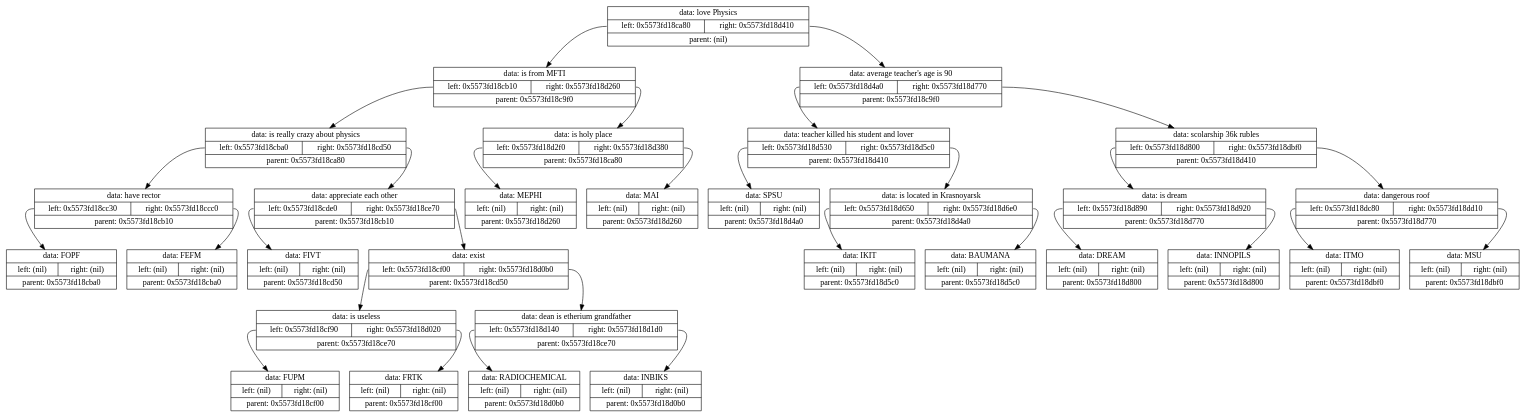
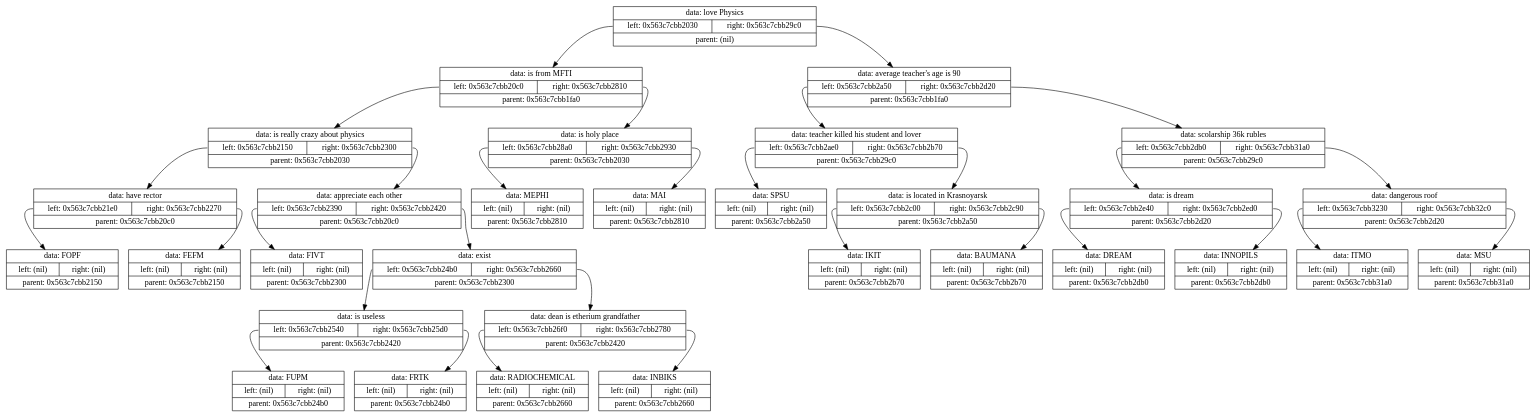
One commit to Shishqa/MIPT_1sem_C_lang changed the diagram in Projects/7.Akinator/tmp/tempautogeneratedlog.gv. Above: the diagram before and after it, drawn with Graphviz. The commit also changed 14 other files, not shown here.

```diff
--- a/Projects/7.Akinator/tmp/tempautogeneratedlog.gv
+++ b/Projects/7.Akinator/tmp/tempautogeneratedlog.gv
@@ -1,65 +1,65 @@
 digraph dump
 {
-	node0x5573fd18c9f0 [shape = "record", label = "{<f1>data: love Physics|{<f2>left: 0x5573fd18ca80|<f3>right: 0x5573fd18d410}|<f4>parent: (nil)}"];
-	node0x5573fd18ca80 [shape = "record", label = "{<f1>data: is from MFTI|{<f2>left: 0x5573fd18cb10|<f3>right: 0x5573fd18d260}|<f4>parent: 0x5573fd18c9f0}"];
-	node0x5573fd18cb10 [shape = "record", label = "{<f1>data: is really crazy about physics|{<f2>left: 0x5573fd18cba0|<f3>right: 0x5573fd18cd50}|<f4>parent: 0x5573fd18ca80}"];
-	node0x5573fd18cba0 [shape = "record", label = "{<f1>data: have rector|{<f2>left: 0x5573fd18cc30|<f3>right: 0x5573fd18ccc0}|<f4>parent: 0x5573fd18cb10}"];
-	node0x5573fd18cc30 [shape = "record", label = "{<f1>data: FOPF|{<f2>left: (nil)|<f3>right: (nil)}|<f4>parent: 0x5573fd18cba0}"];
-	node0x5573fd18cba0:f2 -> node0x5573fd18cc30
-	node0x5573fd18ccc0 [shape = "record", label = "{<f1>data: FEFM|{<f2>left: (nil)|<f3>right: (nil)}|<f4>parent: 0x5573fd18cba0}"];
-	node0x5573fd18cba0:f3 -> node0x5573fd18ccc0
-	node0x5573fd18cb10:f2 -> node0x5573fd18cba0
-	node0x5573fd18cd50 [shape = "record", label = "{<f1>data: appreciate each other|{<f2>left: 0x5573fd18cde0|<f3>right: 0x5573fd18ce70}|<f4>parent: 0x5573fd18cb10}"];
-	node0x5573fd18cde0 [shape = "record", label = "{<f1>data: FIVT|{<f2>left: (nil)|<f3>right: (nil)}|<f4>parent: 0x5573fd18cd50}"];
-	node0x5573fd18cd50:f2 -> node0x5573fd18cde0
-	node0x5573fd18ce70 [shape = "record", label = "{<f1>data: exist|{<f2>left: 0x5573fd18cf00|<f3>right: 0x5573fd18d0b0}|<f4>parent: 0x5573fd18cd50}"];
-	node0x5573fd18cf00 [shape = "record", label = "{<f1>data: is useless|{<f2>left: 0x5573fd18cf90|<f3>right: 0x5573fd18d020}|<f4>parent: 0x5573fd18ce70}"];
-	node0x5573fd18cf90 [shape = "record", label = "{<f1>data: FUPM|{<f2>left: (nil)|<f3>right: (nil)}|<f4>parent: 0x5573fd18cf00}"];
-	node0x5573fd18cf00:f2 -> node0x5573fd18cf90
-	node0x5573fd18d020 [shape = "record", label = "{<f1>data: FRTK|{<f2>left: (nil)|<f3>right: (nil)}|<f4>parent: 0x5573fd18cf00}"];
-	node0x5573fd18cf00:f3 -> node0x5573fd18d020
-	node0x5573fd18ce70:f2 -> node0x5573fd18cf00
-	node0x5573fd18d0b0 [shape = "record", label = "{<f1>data: dean is etherium grandfather|{<f2>left: 0x5573fd18d140|<f3>right: 0x5573fd18d1d0}|<f4>parent: 0x5573fd18ce70}"];
-	node0x5573fd18d140 [shape = "record", label = "{<f1>data: RADIOCHEMICAL|{<f2>left: (nil)|<f3>right: (nil)}|<f4>parent: 0x5573fd18d0b0}"];
-	node0x5573fd18d0b0:f2 -> node0x5573fd18d140
-	node0x5573fd18d1d0 [shape = "record", label = "{<f1>data: INBIKS|{<f2>left: (nil)|<f3>right: (nil)}|<f4>parent: 0x5573fd18d0b0}"];
-	node0x5573fd18d0b0:f3 -> node0x5573fd18d1d0
-	node0x5573fd18ce70:f3 -> node0x5573fd18d0b0
-	node0x5573fd18cd50:f3 -> node0x5573fd18ce70
-	node0x5573fd18cb10:f3 -> node0x5573fd18cd50
-	node0x5573fd18ca80:f2 -> node0x5573fd18cb10
-	node0x5573fd18d260 [shape = "record", label = "{<f1>data: is holy place|{<f2>left: 0x5573fd18d2f0|<f3>right: 0x5573fd18d380}|<f4>parent: 0x5573fd18ca80}"];
-	node0x5573fd18d2f0 [shape = "record", label = "{<f1>data: MEPHI|{<f2>left: (nil)|<f3>right: (nil)}|<f4>parent: 0x5573fd18d260}"];
-	node0x5573fd18d260:f2 -> node0x5573fd18d2f0
-	node0x5573fd18d380 [shape = "record", label = "{<f1>data: MAI|{<f2>left: (nil)|<f3>right: (nil)}|<f4>parent: 0x5573fd18d260}"];
-	node0x5573fd18d260:f3 -> node0x5573fd18d380
-	node0x5573fd18ca80:f3 -> node0x5573fd18d260
-	node0x5573fd18c9f0:f2 -> node0x5573fd18ca80
-	node0x5573fd18d410 [shape = "record", label = "{<f1>data: average teacher's age is 90|{<f2>left: 0x5573fd18d4a0|<f3>right: 0x5573fd18d770}|<f4>parent: 0x5573fd18c9f0}"];
-	node0x5573fd18d4a0 [shape = "record", label = "{<f1>data: teacher killed his student and lover|{<f2>left: 0x5573fd18d530|<f3>right: 0x5573fd18d5c0}|<f4>parent: 0x5573fd18d410}"];
-	node0x5573fd18d530 [shape = "record", label = "{<f1>data: SPSU|{<f2>left: (nil)|<f3>right: (nil)}|<f4>parent: 0x5573fd18d4a0}"];
-	node0x5573fd18d4a0:f2 -> node0x5573fd18d530
-	node0x5573fd18d5c0 [shape = "record", label = "{<f1>data: is located in Krasnoyarsk|{<f2>left: 0x5573fd18d650|<f3>right: 0x5573fd18d6e0}|<f4>parent: 0x5573fd18d4a0}"];
-	node0x5573fd18d650 [shape = "record", label = "{<f1>data: IKIT|{<f2>left: (nil)|<f3>right: (nil)}|<f4>parent: 0x5573fd18d5c0}"];
-	node0x5573fd18d5c0:f2 -> node0x5573fd18d650
-	node0x5573fd18d6e0 [shape = "record", label = "{<f1>data: BAUMANA|{<f2>left: (nil)|<f3>right: (nil)}|<f4>parent: 0x5573fd18d5c0}"];
-	node0x5573fd18d5c0:f3 -> node0x5573fd18d6e0
-	node0x5573fd18d4a0:f3 -> node0x5573fd18d5c0
-	node0x5573fd18d410:f2 -> node0x5573fd18d4a0
-	node0x5573fd18d770 [shape = "record", label = "{<f1>data: scolarship 36k rubles|{<f2>left: 0x5573fd18d800|<f3>right: 0x5573fd18dbf0}|<f4>parent: 0x5573fd18d410}"];
-	node0x5573fd18d800 [shape = "record", label = "{<f1>data: is dream|{<f2>left: 0x5573fd18d890|<f3>right: 0x5573fd18d920}|<f4>parent: 0x5573fd18d770}"];
-	node0x5573fd18d890 [shape = "record", label = "{<f1>data: DREAM|{<f2>left: (nil)|<f3>right: (nil)}|<f4>parent: 0x5573fd18d800}"];
-	node0x5573fd18d800:f2 -> node0x5573fd18d890
-	node0x5573fd18d920 [shape = "record", label = "{<f1>data: INNOPILS|{<f2>left: (nil)|<f3>right: (nil)}|<f4>parent: 0x5573fd18d800}"];
-	node0x5573fd18d800:f3 -> node0x5573fd18d920
-	node0x5573fd18d770:f2 -> node0x5573fd18d800
-	node0x5573fd18dbf0 [shape = "record", label = "{<f1>data: dangerous roof|{<f2>left: 0x5573fd18dc80|<f3>right: 0x5573fd18dd10}|<f4>parent: 0x5573fd18d770}"];
-	node0x5573fd18dc80 [shape = "record", label = "{<f1>data: ITMO|{<f2>left: (nil)|<f3>right: (nil)}|<f4>parent: 0x5573fd18dbf0}"];
-	node0x5573fd18dbf0:f2 -> node0x5573fd18dc80
-	node0x5573fd18dd10 [shape = "record", label = "{<f1>data: MSU|{<f2>left: (nil)|<f3>right: (nil)}|<f4>parent: 0x5573fd18dbf0}"];
-	node0x5573fd18dbf0:f3 -> node0x5573fd18dd10
-	node0x5573fd18d770:f3 -> node0x5573fd18dbf0
-	node0x5573fd18d410:f3 -> node0x5573fd18d770
-	node0x5573fd18c9f0:f3 -> node0x5573fd18d410
+	node0x563c7cbb1fa0 [shape = "record", label = "{<f1>data: love Physics|{<f2>left: 0x563c7cbb2030|<f3>right: 0x563c7cbb29c0}|<f4>parent: (nil)}"];
+	node0x563c7cbb2030 [shape = "record", label = "{<f1>data: is from MFTI|{<f2>left: 0x563c7cbb20c0|<f3>right: 0x563c7cbb2810}|<f4>parent: 0x563c7cbb1fa0}"];
+	node0x563c7cbb20c0 [shape = "record", label = "{<f1>data: is really crazy about physics|{<f2>left: 0x563c7cbb2150|<f3>right: 0x563c7cbb2300}|<f4>parent: 0x563c7cbb2030}"];
+	node0x563c7cbb2150 [shape = "record", label = "{<f1>data: have rector|{<f2>left: 0x563c7cbb21e0|<f3>right: 0x563c7cbb2270}|<f4>parent: 0x563c7cbb20c0}"];
+	node0x563c7cbb21e0 [shape = "record", label = "{<f1>data: FOPF|{<f2>left: (nil)|<f3>right: (nil)}|<f4>parent: 0x563c7cbb2150}"];
+	node0x563c7cbb2150:f2 -> node0x563c7cbb21e0
+	node0x563c7cbb2270 [shape = "record", label = "{<f1>data: FEFM|{<f2>left: (nil)|<f3>right: (nil)}|<f4>parent: 0x563c7cbb2150}"];
+	node0x563c7cbb2150:f3 -> node0x563c7cbb2270
+	node0x563c7cbb20c0:f2 -> node0x563c7cbb2150
+	node0x563c7cbb2300 [shape = "record", label = "{<f1>data: appreciate each other|{<f2>left: 0x563c7cbb2390|<f3>right: 0x563c7cbb2420}|<f4>parent: 0x563c7cbb20c0}"];
+	node0x563c7cbb2390 [shape = "record", label = "{<f1>data: FIVT|{<f2>left: (nil)|<f3>right: (nil)}|<f4>parent: 0x563c7cbb2300}"];
+	node0x563c7cbb2300:f2 -> node0x563c7cbb2390
+	node0x563c7cbb2420 [shape = "record", label = "{<f1>data: exist|{<f2>left: 0x563c7cbb24b0|<f3>right: 0x563c7cbb2660}|<f4>parent: 0x563c7cbb2300}"];
+	node0x563c7cbb24b0 [shape = "record", label = "{<f1>data: is useless|{<f2>left: 0x563c7cbb2540|<f3>right: 0x563c7cbb25d0}|<f4>parent: 0x563c7cbb2420}"];
+	node0x563c7cbb2540 [shape = "record", label = "{<f1>data: FUPM|{<f2>left: (nil)|<f3>right: (nil)}|<f4>parent: 0x563c7cbb24b0}"];
+	node0x563c7cbb24b0:f2 -> node0x563c7cbb2540
+	node0x563c7cbb25d0 [shape = "record", label = "{<f1>data: FRTK|{<f2>left: (nil)|<f3>right: (nil)}|<f4>parent: 0x563c7cbb24b0}"];
+	node0x563c7cbb24b0:f3 -> node0x563c7cbb25d0
+	node0x563c7cbb2420:f2 -> node0x563c7cbb24b0
+	node0x563c7cbb2660 [shape = "record", label = "{<f1>data: dean is etherium grandfather|{<f2>left: 0x563c7cbb26f0|<f3>right: 0x563c7cbb2780}|<f4>parent: 0x563c7cbb2420}"];
+	node0x563c7cbb26f0 [shape = "record", label = "{<f1>data: RADIOCHEMICAL|{<f2>left: (nil)|<f3>right: (nil)}|<f4>parent: 0x563c7cbb2660}"];
+	node0x563c7cbb2660:f2 -> node0x563c7cbb26f0
+	node0x563c7cbb2780 [shape = "record", label = "{<f1>data: INBIKS|{<f2>left: (nil)|<f3>right: (nil)}|<f4>parent: 0x563c7cbb2660}"];
+	node0x563c7cbb2660:f3 -> node0x563c7cbb2780
+	node0x563c7cbb2420:f3 -> node0x563c7cbb2660
+	node0x563c7cbb2300:f3 -> node0x563c7cbb2420
+	node0x563c7cbb20c0:f3 -> node0x563c7cbb2300
+	node0x563c7cbb2030:f2 -> node0x563c7cbb20c0
+	node0x563c7cbb2810 [shape = "record", label = "{<f1>data: is holy place|{<f2>left: 0x563c7cbb28a0|<f3>right: 0x563c7cbb2930}|<f4>parent: 0x563c7cbb2030}"];
+	node0x563c7cbb28a0 [shape = "record", label = "{<f1>data: MEPHI|{<f2>left: (nil)|<f3>right: (nil)}|<f4>parent: 0x563c7cbb2810}"];
+	node0x563c7cbb2810:f2 -> node0x563c7cbb28a0
+	node0x563c7cbb2930 [shape = "record", label = "{<f1>data: MAI|{<f2>left: (nil)|<f3>right: (nil)}|<f4>parent: 0x563c7cbb2810}"];
+	node0x563c7cbb2810:f3 -> node0x563c7cbb2930
+	node0x563c7cbb2030:f3 -> node0x563c7cbb2810
+	node0x563c7cbb1fa0:f2 -> node0x563c7cbb2030
+	node0x563c7cbb29c0 [shape = "record", label = "{<f1>data: average teacher's age is 90|{<f2>left: 0x563c7cbb2a50|<f3>right: 0x563c7cbb2d20}|<f4>parent: 0x563c7cbb1fa0}"];
+	node0x563c7cbb2a50 [shape = "record", label = "{<f1>data: teacher killed his student and lover|{<f2>left: 0x563c7cbb2ae0|<f3>right: 0x563c7cbb2b70}|<f4>parent: 0x563c7cbb29c0}"];
+	node0x563c7cbb2ae0 [shape = "record", label = "{<f1>data: SPSU|{<f2>left: (nil)|<f3>right: (nil)}|<f4>parent: 0x563c7cbb2a50}"];
+	node0x563c7cbb2a50:f2 -> node0x563c7cbb2ae0
+	node0x563c7cbb2b70 [shape = "record", label = "{<f1>data: is located in Krasnoyarsk|{<f2>left: 0x563c7cbb2c00|<f3>right: 0x563c7cbb2c90}|<f4>parent: 0x563c7cbb2a50}"];
+	node0x563c7cbb2c00 [shape = "record", label = "{<f1>data: IKIT|{<f2>left: (nil)|<f3>right: (nil)}|<f4>parent: 0x563c7cbb2b70}"];
+	node0x563c7cbb2b70:f2 -> node0x563c7cbb2c00
+	node0x563c7cbb2c90 [shape = "record", label = "{<f1>data: BAUMANA|{<f2>left: (nil)|<f3>right: (nil)}|<f4>parent: 0x563c7cbb2b70}"];
+	node0x563c7cbb2b70:f3 -> node0x563c7cbb2c90
+	node0x563c7cbb2a50:f3 -> node0x563c7cbb2b70
+	node0x563c7cbb29c0:f2 -> node0x563c7cbb2a50
+	node0x563c7cbb2d20 [shape = "record", label = "{<f1>data: scolarship 36k rubles|{<f2>left: 0x563c7cbb2db0|<f3>right: 0x563c7cbb31a0}|<f4>parent: 0x563c7cbb29c0}"];
+	node0x563c7cbb2db0 [shape = "record", label = "{<f1>data: is dream|{<f2>left: 0x563c7cbb2e40|<f3>right: 0x563c7cbb2ed0}|<f4>parent: 0x563c7cbb2d20}"];
+	node0x563c7cbb2e40 [shape = "record", label = "{<f1>data: DREAM|{<f2>left: (nil)|<f3>right: (nil)}|<f4>parent: 0x563c7cbb2db0}"];
+	node0x563c7cbb2db0:f2 -> node0x563c7cbb2e40
+	node0x563c7cbb2ed0 [shape = "record", label = "{<f1>data: INNOPILS|{<f2>left: (nil)|<f3>right: (nil)}|<f4>parent: 0x563c7cbb2db0}"];
+	node0x563c7cbb2db0:f3 -> node0x563c7cbb2ed0
+	node0x563c7cbb2d20:f2 -> node0x563c7cbb2db0
+	node0x563c7cbb31a0 [shape = "record", label = "{<f1>data: dangerous roof|{<f2>left: 0x563c7cbb3230|<f3>right: 0x563c7cbb32c0}|<f4>parent: 0x563c7cbb2d20}"];
+	node0x563c7cbb3230 [shape = "record", label = "{<f1>data: ITMO|{<f2>left: (nil)|<f3>right: (nil)}|<f4>parent: 0x563c7cbb31a0}"];
+	node0x563c7cbb31a0:f2 -> node0x563c7cbb3230
+	node0x563c7cbb32c0 [shape = "record", label = "{<f1>data: MSU|{<f2>left: (nil)|<f3>right: (nil)}|<f4>parent: 0x563c7cbb31a0}"];
+	node0x563c7cbb31a0:f3 -> node0x563c7cbb32c0
+	node0x563c7cbb2d20:f3 -> node0x563c7cbb31a0
+	node0x563c7cbb29c0:f3 -> node0x563c7cbb2d20
+	node0x563c7cbb1fa0:f3 -> node0x563c7cbb29c0
 
 }
```
